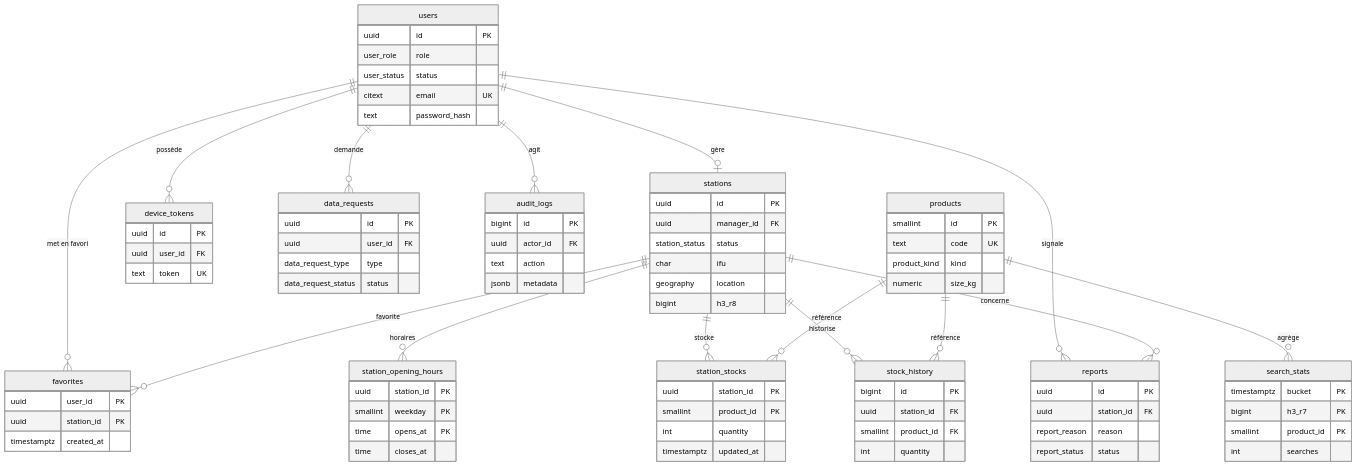
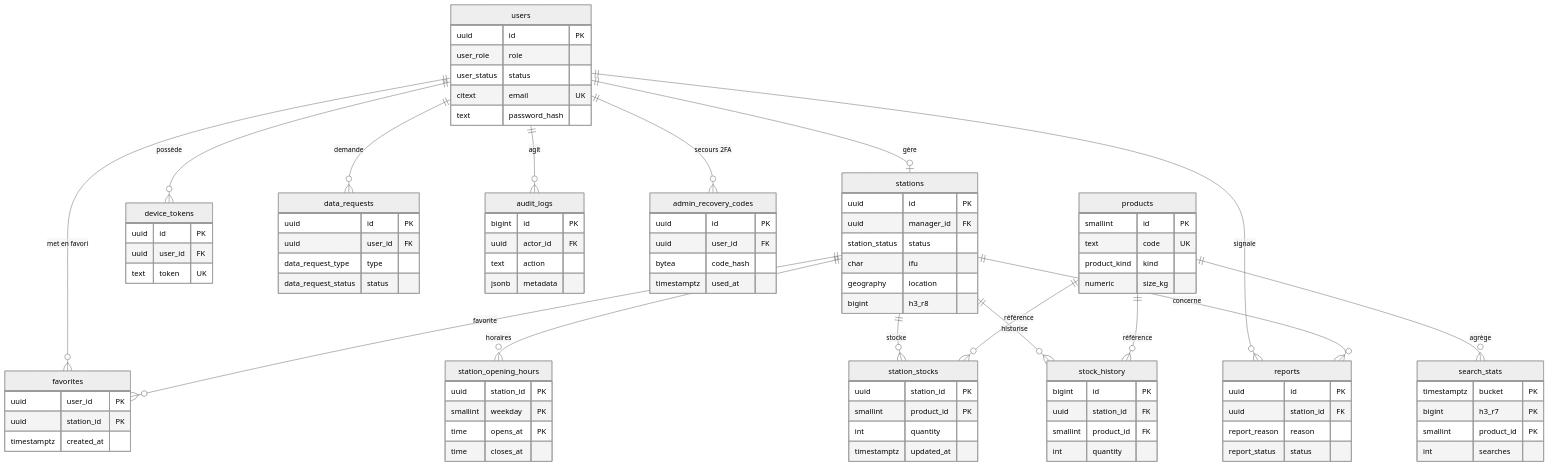
The second of 5 diagrams in docs/ARCHITECTURE.md (Hen17Ry/gostation), drawn with Mermaid (neutral theme) before and after one commit. The commit also changed other lines of this file and 82 other files, not shown here.

````diff
--- a/docs/ARCHITECTURE.md
+++ b/docs/ARCHITECTURE.md
@@ -76,6 +76,7 @@
   users ||--o{ data_requests : "demande"
   users ||--o{ audit_logs : "agit"
   users ||--o{ favorites : "met en favori"
+  users ||--o{ admin_recovery_codes : "secours 2FA"
   stations ||--o{ favorites : "favorite"
   stations ||--o{ station_opening_hours : "horaires"
   stations ||--o{ station_stocks : "stocke"
@@ -158,4 +159,10 @@
     uuid station_id PK
     timestamptz created_at
   }
+  admin_recovery_codes {
+    uuid id PK
+    uuid user_id FK
+    bytea code_hash
+    timestamptz used_at
+  }
 ```
````
